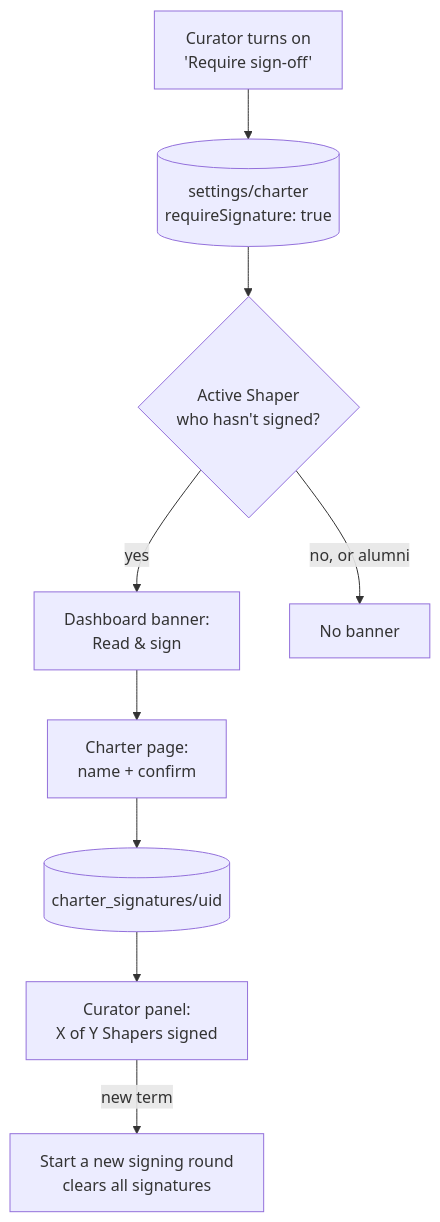
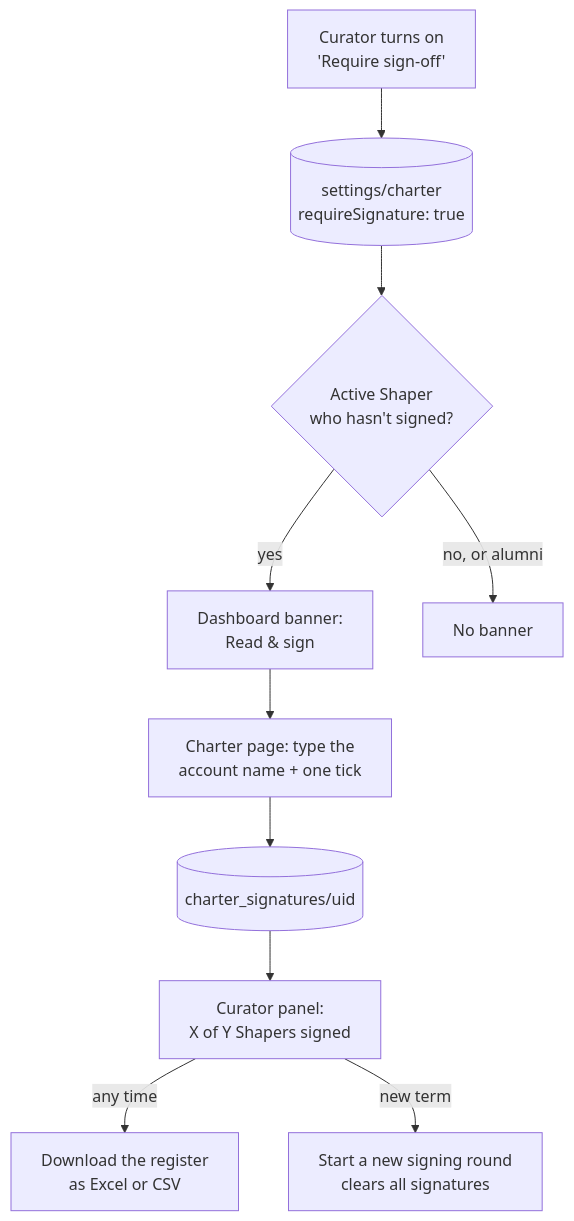
The seventh of 12 diagrams in docs/HOW-IT-WORKS.md (The-Dark-Ranger/Jeddah-Hub), drawn with Mermaid before and after one commit. The commit also changed other lines of this file and 72 other files, not shown here.

First line of the commit message:
Shaper activity proposals, news photos, Charter sign-off and downloads, fixes

````diff
--- a/docs/HOW-IT-WORKS.md
+++ b/docs/HOW-IT-WORKS.md
@@ -226,10 +254,11 @@
 ```mermaid
 flowchart TD
     C[Curator turns on<br/>'Require sign-off'] --> S[(settings/charter<br/>requireSignature: true)]
     S --> B{Active Shaper<br/>who hasn't signed?}
-    B -->|yes| N[Dashboard banner:<br/>Read & sign] --> F[Charter page:<br/>name + confirm]
+    B -->|yes| N[Dashboard banner:<br/>Read & sign] --> F[Charter page: type the<br/>account name + one tick]
     B -->|no, or alumni| Q[No banner]
     F --> G[(charter_signatures/uid)]
     G --> P[Curator panel:<br/>X of Y Shapers signed]
+    P -->|any time| D[Download the register<br/>as Excel or CSV]
     P -->|new term| R[Start a new signing round<br/>clears all signatures]
 ```
````
